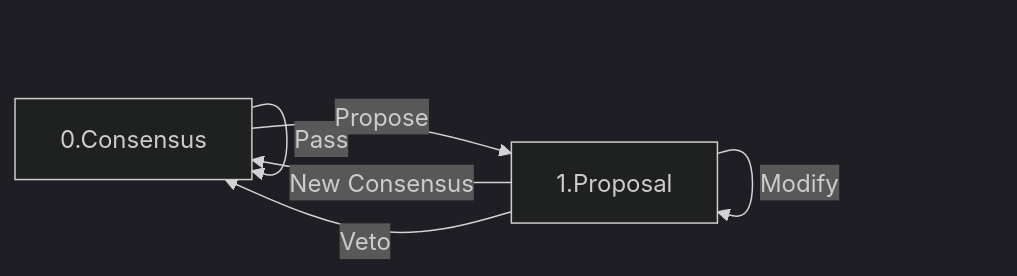
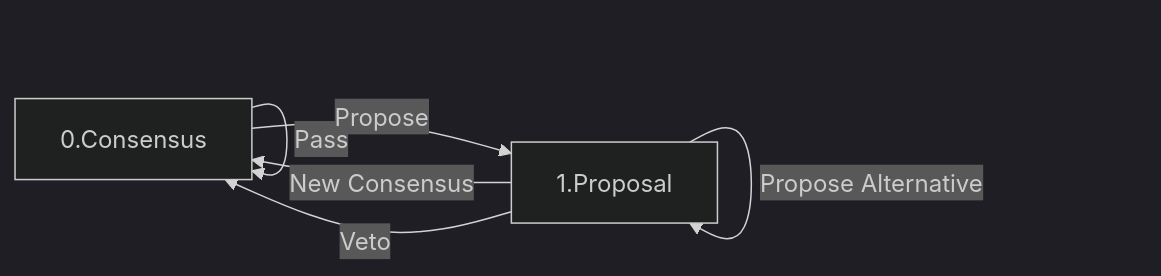
The diagram in new-packages/nitro-protocol/packages/fmg-nitro-adjudicator/contracts/readme.md (statechannels/statechannels), drawn with Mermaid (dark theme) before and after one commit. The commit also changed other lines of this file, not shown here.

````diff
--- a/new-packages/nitro-protocol/packages/fmg-nitro-adjudicator/contracts/readme.md
+++ b/new-packages/nitro-protocol/packages/fmg-nitro-adjudicator/contracts/readme.md
@@ -42,11 +42,11 @@
 ```mermaid
 graph LR
 linkStyle default interpolate basis
 0.Consensus -->|Pass| 0.Consensus
 0.Consensus -->|Propose| 1.Proposal
 1.Proposal -->|Add a vote| 1.Proposal
-1.Proposal -->|Modify| 1.Proposal
+1.Proposal -->|Propose Alternative| 1.Proposal
 1.Proposal -->|New Consensus| 0.Consensus
 1.Proposal -->|Veto| 0.Consensus
 
 ```
````
